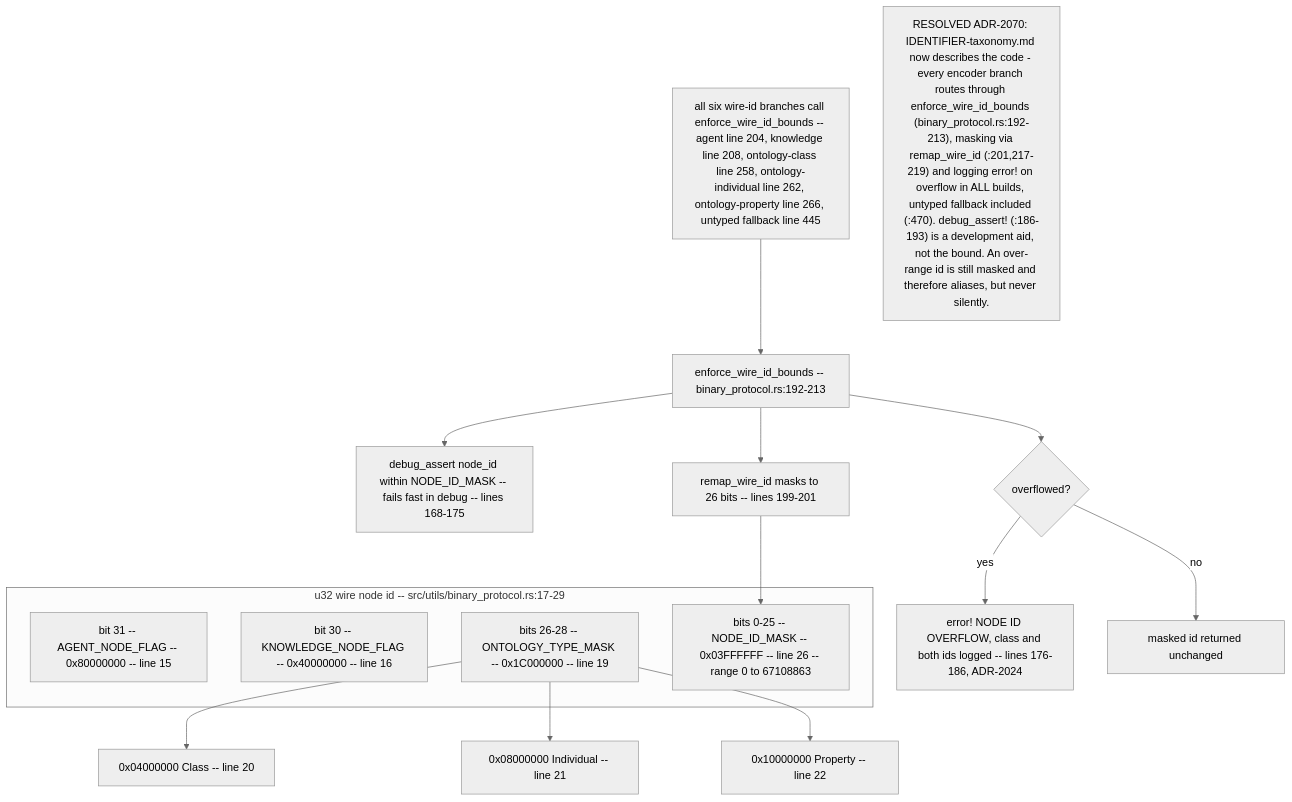
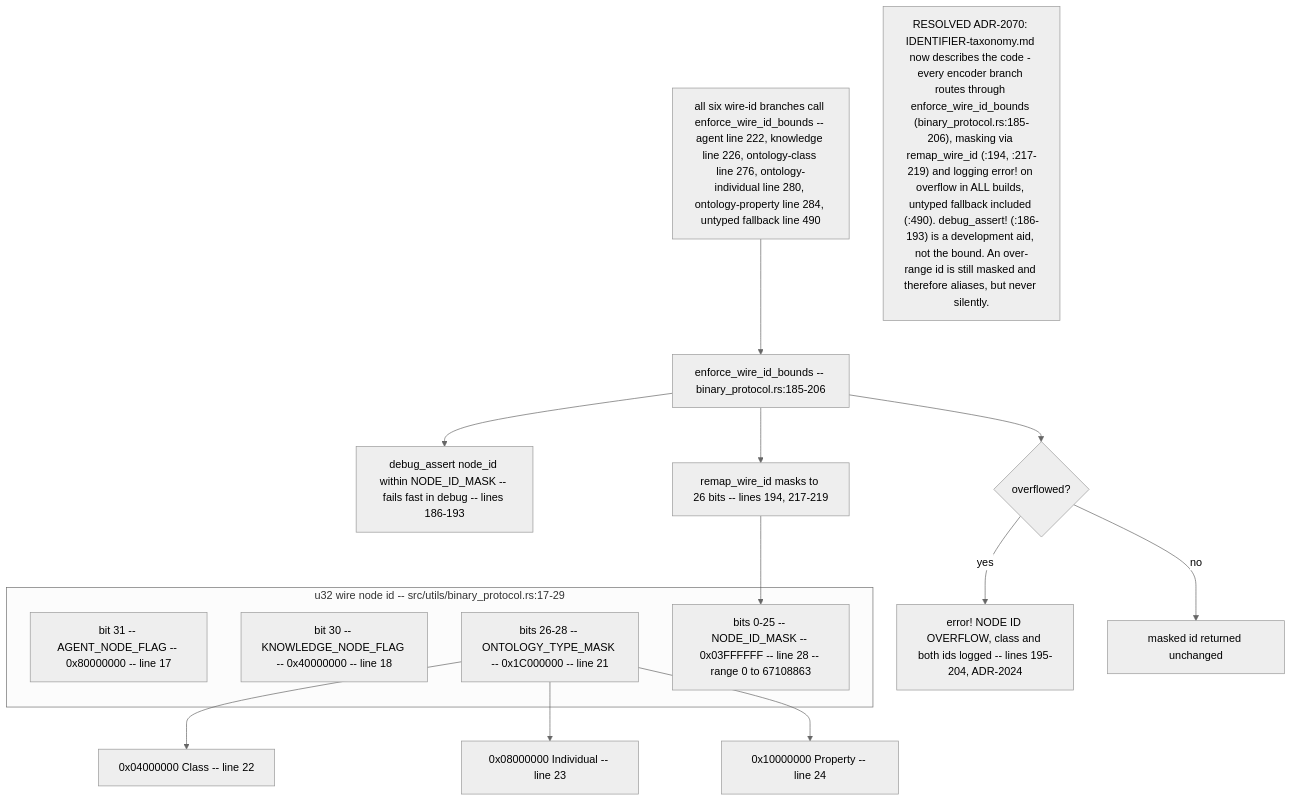
The seventh of 10 diagrams in docs/diagrams/visionclaw/23-identifiers-urn-did-sha12.md (DreamLab-AI/VisionFlow), drawn with Mermaid (neutral theme) before and after one commit. The commit also changed other lines of this file and 160 other files, not shown here.

````diff
--- a/docs/diagrams/visionclaw/23-identifiers-urn-did-sha12.md
+++ b/docs/diagrams/visionclaw/23-identifiers-urn-did-sha12.md
@@ -281,24 +280,24 @@
 ```mermaid
 flowchart TD
     subgraph WireU32["u32 wire node id -- src/utils/binary_protocol.rs:17-29"]
-        B31["bit 31 -- AGENT_NODE_FLAG -- 0x80000000 -- line 15"]
-        B30["bit 30 -- KNOWLEDGE_NODE_FLAG -- 0x40000000 -- line 16"]
-        BOnt["bits 26-28 -- ONTOLOGY_TYPE_MASK -- 0x1C000000 -- line 19"]
-        BId["bits 0-25 -- NODE_ID_MASK -- 0x03FFFFFF -- line 26 -- range 0 to 67108863"]
+        B31["bit 31 -- AGENT_NODE_FLAG -- 0x80000000 -- line 17"]
+        B30["bit 30 -- KNOWLEDGE_NODE_FLAG -- 0x40000000 -- line 18"]
+        BOnt["bits 26-28 -- ONTOLOGY_TYPE_MASK -- 0x1C000000 -- line 21"]
+        BId["bits 0-25 -- NODE_ID_MASK -- 0x03FFFFFF -- line 28 -- range 0 to 67108863"]
     end
-    BOnt --> OC["0x04000000 Class -- line 20"]
-    BOnt --> OI["0x08000000 Individual -- line 21"]
-    BOnt --> OP["0x10000000 Property -- line 22"]
+    BOnt --> OC["0x04000000 Class -- line 22"]
+    BOnt --> OI["0x08000000 Individual -- line 23"]
+    BOnt --> OP["0x10000000 Property -- line 24"]
 
-    Enc["enforce_wire_id_bounds -- binary_protocol.rs:192-213"]
-    Enc --> Assert["debug_assert node_id within NODE_ID_MASK -- fails fast in debug -- lines 168-175"]
-    Enc --> Remap["remap_wire_id masks to 26 bits -- lines 199-201"]
+    Enc["enforce_wire_id_bounds -- binary_protocol.rs:185-206"]
+    Enc --> Assert["debug_assert node_id within NODE_ID_MASK -- fails fast in debug -- lines 186-193"]
+    Enc --> Remap["remap_wire_id masks to 26 bits -- lines 194, 217-219"]
     Remap --> BId
     Enc --> LogCheck{"overflowed?"}
-    LogCheck -->|yes| Log["error! NODE ID OVERFLOW, class and both ids logged -- lines 176-186, ADR-2024"]
+    LogCheck -->|yes| Log["error! NODE ID OVERFLOW, class and both ids logged -- lines 195-204, ADR-2024"]
     LogCheck -->|no| NoLog["masked id returned unchanged"]
 
-    Setters["all six wire-id branches call enforce_wire_id_bounds -- agent line 204, knowledge line 208, ontology-class line 258, ontology-individual line 262, ontology-property line 266, untyped fallback line 445"] --> Enc
+    Setters["all six wire-id branches call enforce_wire_id_bounds -- agent line 222, knowledge line 226, ontology-class line 276, ontology-individual line 280, ontology-property line 284, untyped fallback line 490"] --> Enc
 
-    Drift["RESOLVED ADR-2070: IDENTIFIER-taxonomy.md now describes the code - every encoder branch routes through enforce_wire_id_bounds (binary_protocol.rs:192-213), masking via remap_wire_id (:201,217-219) and logging error! on overflow in ALL builds, untyped fallback included (:470). debug_assert! (:186-193) is a development aid, not the bound. An over-range id is still masked and therefore aliases, but never silently."]
+    Drift["RESOLVED ADR-2070: IDENTIFIER-taxonomy.md now describes the code - every encoder branch routes through enforce_wire_id_bounds (binary_protocol.rs:185-206), masking via remap_wire_id (:194, :217-219) and logging error! on overflow in ALL builds, untyped fallback included (:490). debug_assert! (:186-193) is a development aid, not the bound. An over-range id is still masked and therefore aliases, but never silently."]
 ```
````
